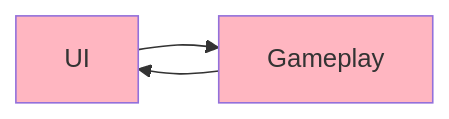
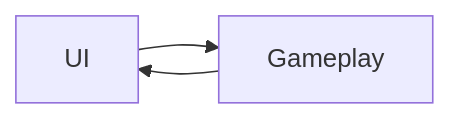
Before and after one commit to wallstop/unity-tips: the first of 4 diagrams in docs/assembly-definitions/05-best-practices.md, drawn with Mermaid. The commit also changed other lines of this file and 27 other files, not shown here.

Commit message:
Convert ASCII diagrams to Mermaid format (#30)

````diff
--- a/docs/assembly-definitions/05-best-practices.md
+++ b/docs/assembly-definitions/05-best-practices.md
@@ -159,8 +159,6 @@
 ```mermaid
 graph LR
     A[UI] --> B[Gameplay]
     B --> A
 
-    style A fill:#FFB6C1
-    style B fill:#FFB6C1
 ```
````
